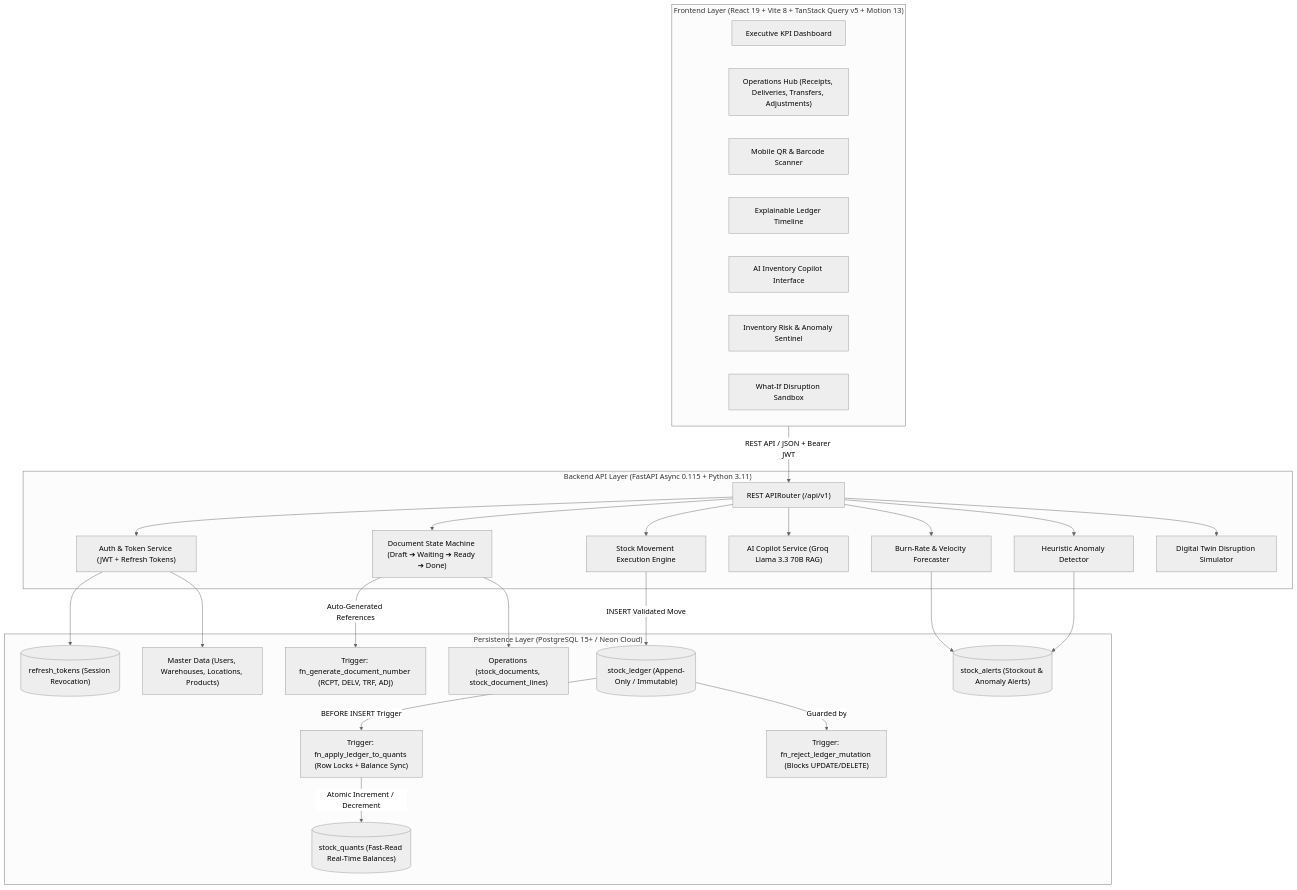
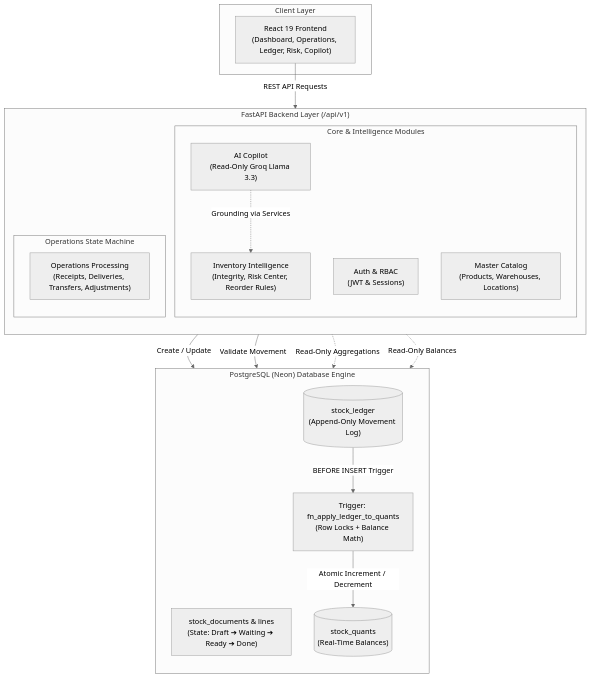
The diagram in README.md (ItsKrishna-dev/StockFlow), drawn with Mermaid (neutral theme) before and after one commit. The commit also changed other lines of this file, not shown here.

````diff
--- a/README.md
+++ b/README.md
@@ -41,47 +99,41 @@
 ```mermaid
 graph TB
-    subgraph Client ["Frontend Layer (React 19 + Vite 8 + TanStack Query v5 + Motion 13)"]
-        UI_Dash["Executive KPI Dashboard"]
-        UI_Ops["Operations Hub (Receipts, Deliveries, Transfers, Adjustments)"]
-        UI_QR["Mobile QR & Barcode Scanner"]
-        UI_Timeline["Explainable Ledger Timeline"]
-        UI_Copilot["AI Inventory Copilot Interface"]
-        UI_Risk["Inventory Risk & Anomaly Sentinel"]
-        UI_Sim["What-If Disruption Sandbox"]
+    subgraph Client ["Client Layer"]
+        UI["React 19 Frontend<br/>(Dashboard, Operations, Ledger, Risk, Copilot)"]
     end
 
-    subgraph API ["Backend API Layer (FastAPI Async 0.115 + Python 3.11)"]
-        Router["REST APIRouter (/api/v1)"]
-        AuthService["Auth & Token Service (JWT + Refresh Tokens)"]
-        DocEngine["Document State Machine (Draft ➔ Waiting ➔ Ready ➔ Done)"]
-        LedgerService["Stock Movement Execution Engine"]
-        CopilotEngine["AI Copilot Service (Groq Llama 3.3 70B RAG)"]
-        PredictiveService["Burn-Rate & Velocity Forecaster"]
-        AnomalyEngine["Heuristic Anomaly Detector"]
-        SimEngine["Digital Twin Disruption Simulator"]
+
+    subgraph Backend ["FastAPI Backend Layer (/api/v1)"]
+        direction TB
+        subgraph Services ["Core & Intelligence Modules"]
+            Auth["Auth & RBAC<br/>(JWT & Sessions)"]
+            Master["Master Catalog<br/>(Products, Warehouses, Locations)"]
+            Intel["Inventory Intelligence<br/>(Integrity, Risk Center, Reorder Rules)"]
+            Copilot["AI Copilot<br/>(Read-Only Groq Llama 3.3)"]
+        end
+
+
+        subgraph OpsEngine ["Operations State Machine"]
+            Ops["Operations Processing<br/>(Receipts, Deliveries, Transfers, Adjustments)"]
+        end
     end
 
-    subgraph Database ["Persistence Layer (PostgreSQL 15+ / Neon Cloud)"]
-        Tables_Master["Master Data (Users, Warehouses, Locations, Products)"]
-        Tables_Docs["Operations (stock_documents, stock_document_lines)"]
-        Table_Ledger[("stock_ledger (Append-Only / Immutable)")]
-        Table_Quants[("stock_quants (Fast-Read Real-Time Balances)")]
-        Table_Alerts[("stock_alerts (Stockout & Anomaly Alerts)")]
-        Table_Tokens[("refresh_tokens (Session Revocation)")]
-        Trig_Quants["Trigger: fn_apply_ledger_to_quants (Row Locks + Balance Sync)"]
-        Trig_DocNum["Trigger: fn_generate_document_number (RCPT, DELV, TRF, ADJ)"]
-        Trig_Protect["Trigger: fn_reject_ledger_mutation (Blocks UPDATE/DELETE)"]
+
+    subgraph Database ["PostgreSQL (Neon) Database Engine"]
+        direction TB
+        Docs["stock_documents & lines<br/>(State: Draft ➔ Waiting ➔ Ready ➔ Done)"]
+        Ledger[("stock_ledger<br/>(Append-Only Movement Log)")]
+        Trigger["Trigger: fn_apply_ledger_to_quants<br/>(Row Locks + Balance Math)"]
+        Quants[("stock_quants<br/>(Real-Time Balances)")]
     end
 
-    Client -->|REST API / JSON + Bearer JWT| Router
-    Router --> AuthService & DocEngine & LedgerService & CopilotEngine & PredictiveService & AnomalyEngine & SimEngine
 
-    DocEngine -->|Auto-Generated References| Trig_DocNum
-    DocEngine --> Tables_Docs
-    LedgerService -->|INSERT Validated Move| Table_Ledger
-    Table_Ledger -->|BEFORE INSERT Trigger| Trig_Quants
-    Trig_Quants -->|Atomic Increment / Decrement| Table_Quants
-    Table_Ledger -->|Guarded by| Trig_Protect
-    PredictiveService & AnomalyEngine --> Table_Alerts
-    AuthService --> Table_Tokens & Tables_Master
+    UI -->|REST API Requests| Backend
+    Ops -->|Create / Update| Docs
+    Ops -->|Validate Movement| Ledger
+    Ledger -->|BEFORE INSERT Trigger| Trigger
+    Trigger -->|Atomic Increment / Decrement| Quants
+    Intel -.->|Read-Only Aggregations| Ledger
+    Intel -.->|Read-Only Balances| Quants
+    Copilot -.->|Grounding via Services| Intel
 ```
````
